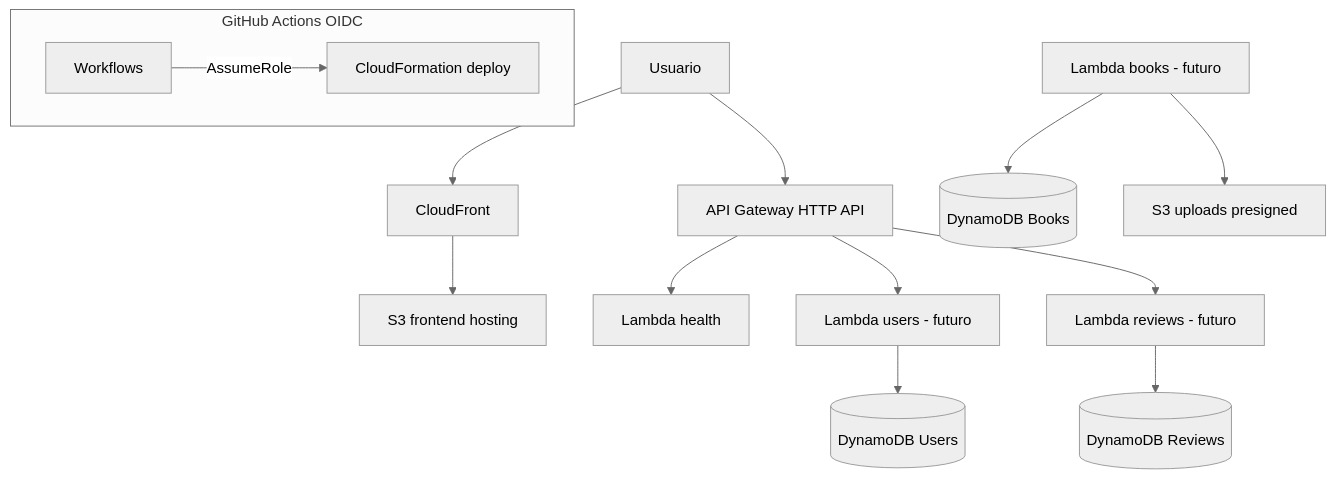
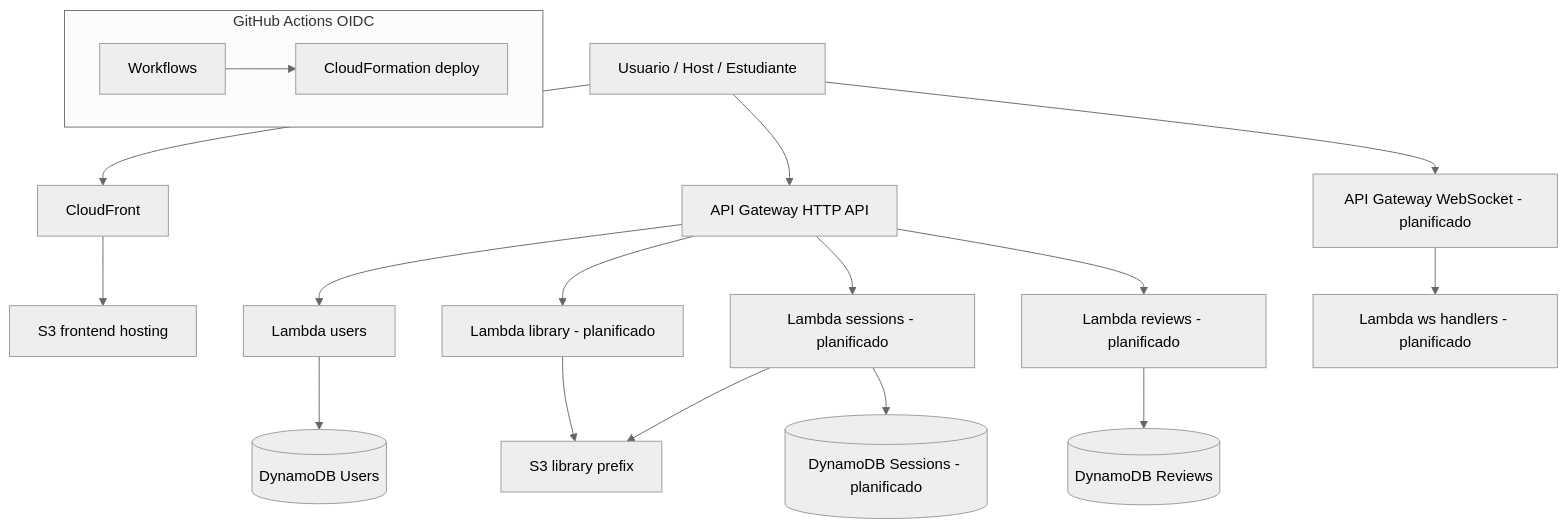
Before and after one commit to JosthinAyonC/chapterquest-serverless-app: the first of 6 diagrams in docs/Architecture.md, drawn with Mermaid (neutral theme). The commit also changed other lines of this file and 6 other files, not shown here.

Commit message:
docs: update README with detailed product specifications and architecture overview

````diff
--- a/docs/Architecture.md
+++ b/docs/Architecture.md
@@ -7,16 +11,21 @@
 ```mermaid
 flowchart TD
-  user[Usuario] --> cf[CloudFront]
+  user[Usuario / Host / Estudiante]
+  user --> cf[CloudFront]
   cf --> s3web[S3 frontend hosting]
   user --> apigw[API Gateway HTTP API]
-  apigw --> lhealth[Lambda health]
-  apigw --> lusers[Lambda users - futuro]
+  user --> wss[API Gateway WebSocket - planificado]
+  apigw --> lusers[Lambda users]
+  apigw --> llibrary[Lambda library - planificado]
+  apigw --> lsessions[Lambda sessions - planificado]
+  apigw --> lreviews[Lambda reviews - planificado]
+  wss --> lws[Lambda ws handlers - planificado]
   lusers --> ddbUsers[(DynamoDB Users)]
-  lbooks[Lambda books - futuro] --> ddbBooks[(DynamoDB Books)]
-  lbooks --> s3uploads[S3 uploads presigned]
-  apigw --> lreviews[Lambda reviews - futuro]
+  lsessions --> ddbSessions[(DynamoDB Sessions - planificado)]
   lreviews --> ddbReviews[(DynamoDB Reviews)]
+  llibrary --> s3library[S3 library prefix]
+  lsessions --> s3library
   subgraph cicd [GitHub Actions OIDC]
-    gha[Workflows] -->|AssumeRole| cfn[CloudFormation deploy]
+    gha[Workflows] --> cfn[CloudFormation deploy]
   end
 ```
````
